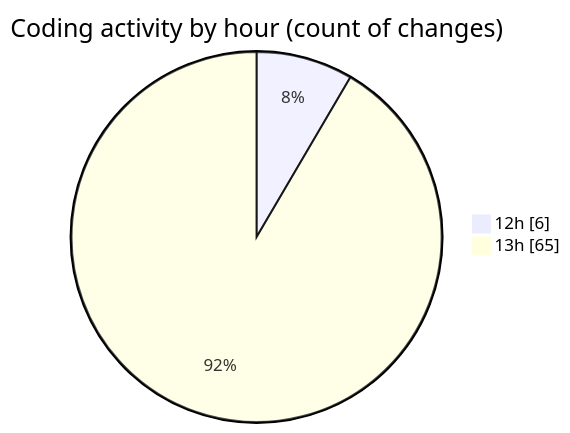
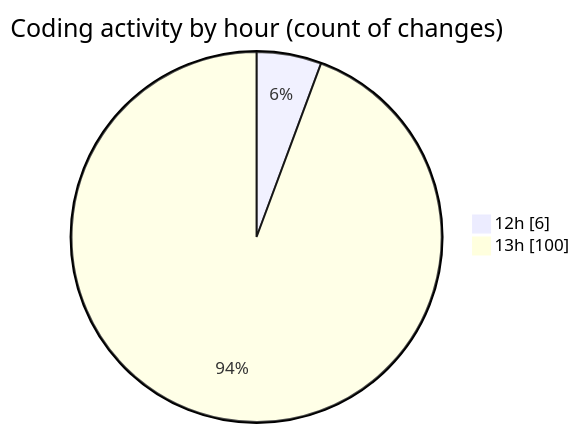
Before and after one commit to Ritupan-Deka/code-tracking: the second of 2 diagrams in 2025-10-19/typescript/README.md, drawn with Mermaid. The commit also changed other lines of this file and 1 other file, not shown here.

````diff
--- a/2025-10-19/typescript/README.md
+++ b/2025-10-19/typescript/README.md
@@ -29,6 +29,6 @@
 ```mermaid
 pie showData
 title Coding activity by hour (count of changes)
 "12h" : 6
-"13h" : 65
+"13h" : 100
 ```
````
